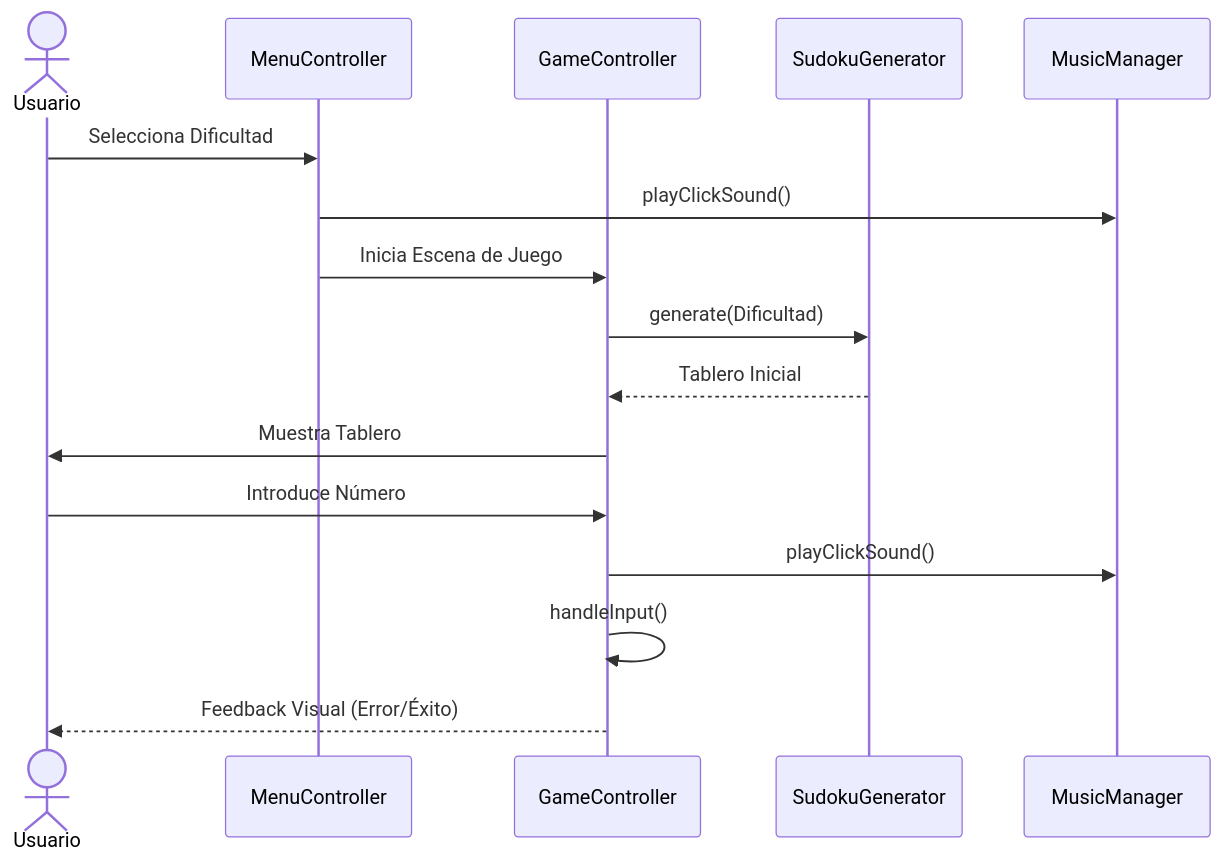
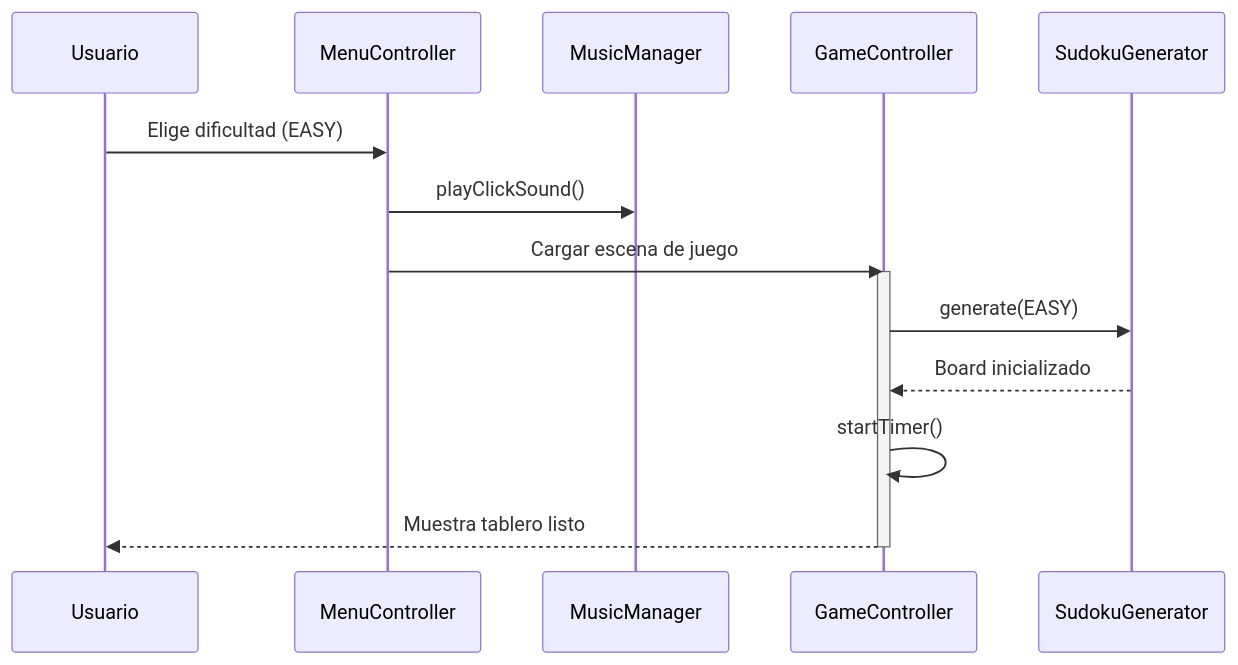
The third of 6 diagrams in docs/DESIGN.md (LastraMigue/Videogame-SUDOKU), drawn with Mermaid before and after one commit. The commit also changed other lines of this file, not shown here.

Commit message:
docs: comprehensive architectural overhaul of DESIGN.md with 6 diagrams

````diff
--- a/docs/DESIGN.md
+++ b/docs/DESIGN.md
@@ -85,20 +90,18 @@
 ```mermaid
 sequenceDiagram
-    actor Usuario
-    participant Menu as MenuController
-    participant Game as GameController
+    participant U as Usuario
+    participant M as MenuController
+    participant S as MusicManager
+    participant G as GameController
     participant Gen as SudokuGenerator
-    participant Music as MusicManager
 
-    Usuario->>Menu: Selecciona Dificultad
-    Menu->>Music: playClickSound()
-    Menu->>Game: Inicia Escena de Juego
-    Game->>Gen: generate(Dificultad)
-    Gen-->>Game: Tablero Inicial
-    Game->>Usuario: Muestra Tablero
-    
-    Usuario->>Game: Introduce Número
-    Game->>Music: playClickSound()
-    Game->>Game: handleInput()
-    Game-->>Usuario: Feedback Visual (Error/Éxito)
+    U->>M: Elige dificultad (EASY)
+    M->>S: playClickSound()
+    M->>G: Cargar escena de juego
+    activate G
+    G->>Gen: generate(EASY)
+    Gen-->>G: Board inicializado
+    G->>G: startTimer()
+    G-->>U: Muestra tablero listo
+    deactivate G
 ```
````
